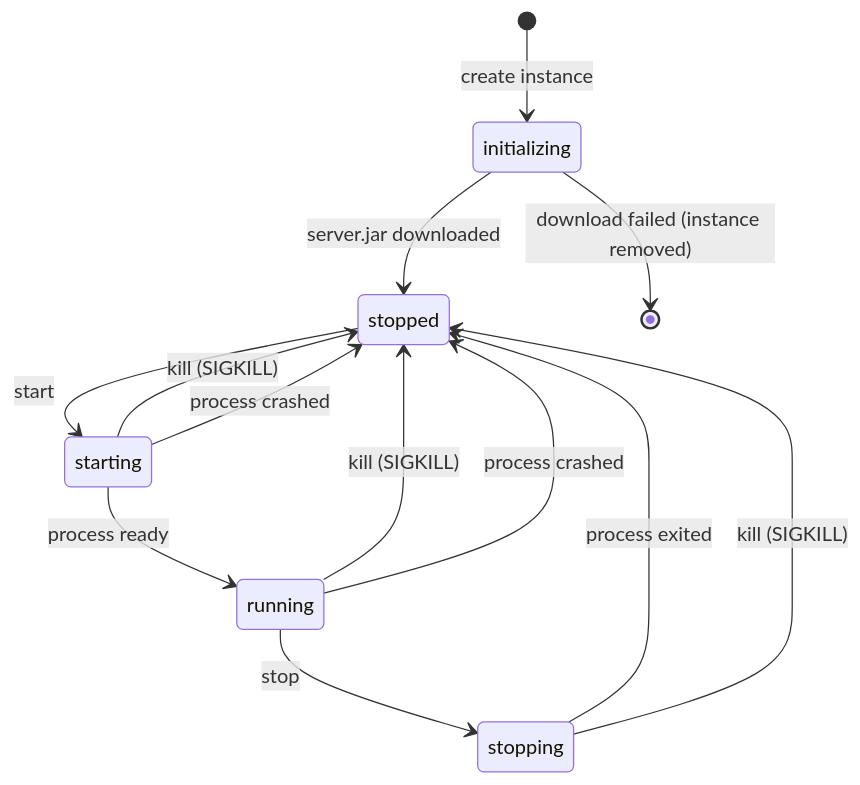
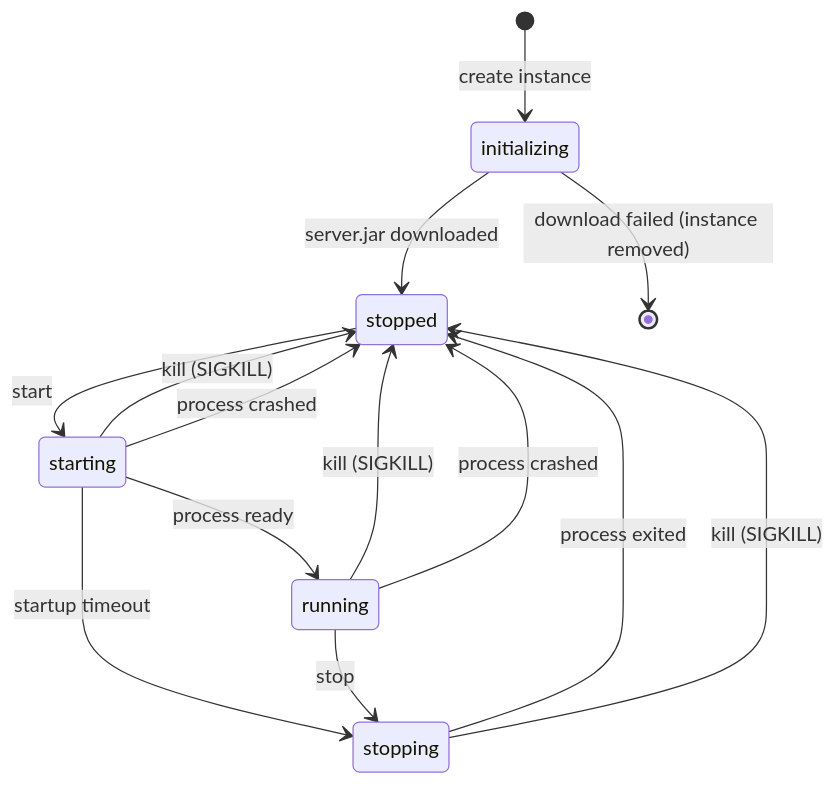
The diagram in docs/api-protocol.md (conduit-mc-dev/conduit), drawn with Mermaid before and after one commit. The commit also changed other lines of this file and 3 other files, not shown here.

````diff
--- a/docs/api-protocol.md
+++ b/docs/api-protocol.md
@@ -1780,15 +1783,16 @@
 ```mermaid
 stateDiagram-v2
     [*] --> initializing : create instance
     initializing --> stopped : server.jar downloaded
     initializing --> [*] : download failed (instance removed)
     stopped --> starting : start
     starting --> running : process ready
+    starting --> stopping : startup timeout
     running --> stopping : stop
     stopping --> stopped : process exited
     running --> stopped : kill (SIGKILL)
     starting --> stopped : kill (SIGKILL)
     stopping --> stopped : kill (SIGKILL)
     starting --> stopped : process crashed
     running --> stopped : process crashed
 ```
````
